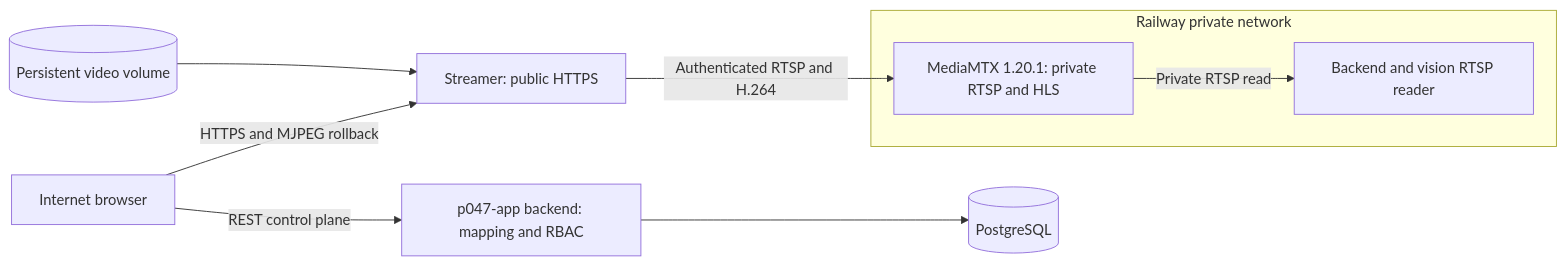
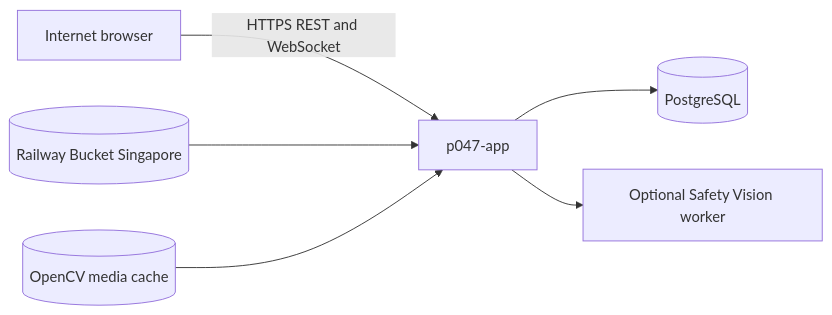
The fourth of 4 diagrams in ARCHITECTURE.md (NguyenNhat4/Sentiel-safety-intelligent), drawn with Mermaid before and after one commit. The commit also changed other lines of this file and 178 other files, not shown here.

````diff
--- a/ARCHITECTURE.md
+++ b/ARCHITECTURE.md
@@ -120,16 +113,8 @@
 ```mermaid
 flowchart LR
-    browser[Internet browser] -->|HTTPS and MJPEG rollback| streamer["Streamer: public HTTPS"]
-    volume[(Persistent video volume)] --> streamer
-
-    subgraph privateNetwork[Railway private network]
-        mediamtx["MediaMTX 1.20.1: private RTSP and HLS"]
-        vision[Backend and vision RTSP reader]
-    end
-
-    streamer -->|Authenticated RTSP and H.264| mediamtx
-    mediamtx -->|Private RTSP read| vision
-
-    browser -->|REST control plane| backend["p047-app backend: mapping and RBAC"]
+    browser[Internet browser] -->|HTTPS REST and WebSocket| backend["p047-app"]
+    bucket[(Railway Bucket Singapore)] --> backend
+    volume[(OpenCV media cache)] --> backend
     backend --> postgres[(PostgreSQL)]
+    backend --> vision[Optional Safety Vision worker]
 ```
````
